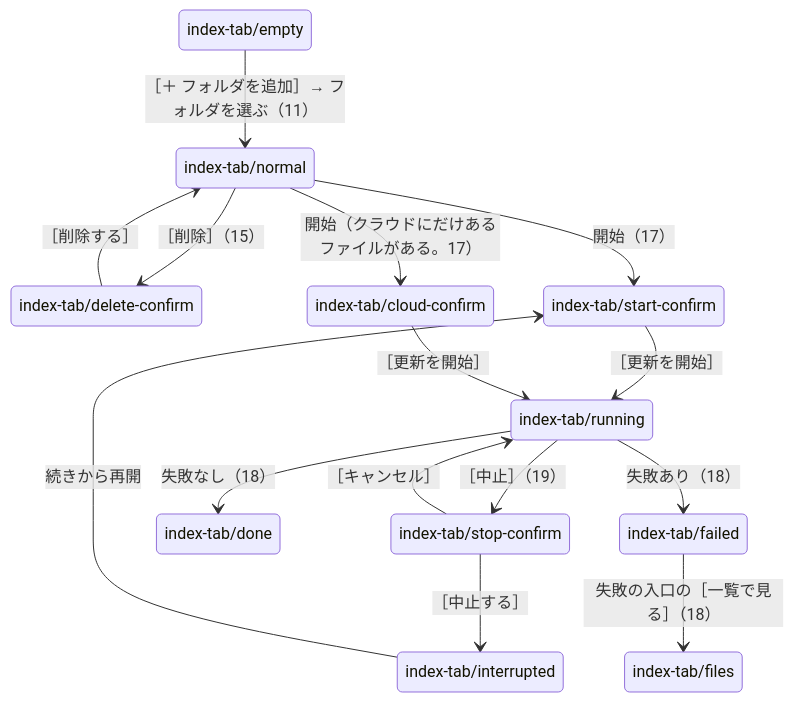
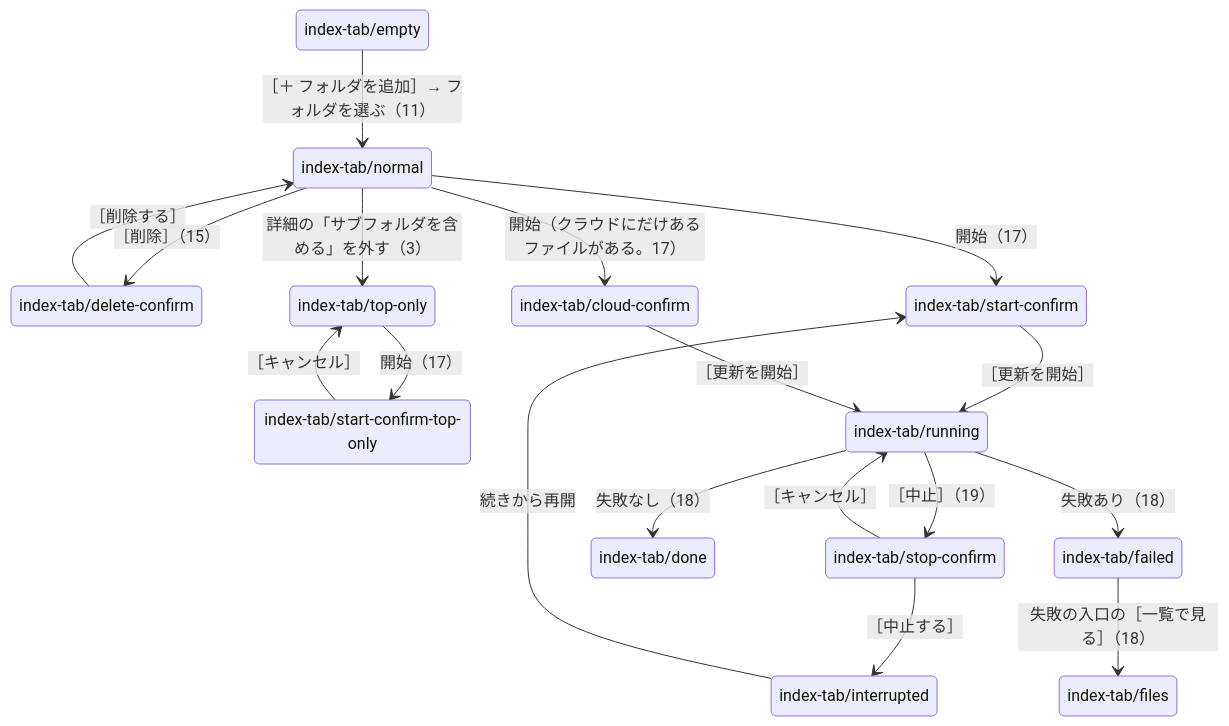
One commit to hsgwa/tebunko changed the diagram in docs/design/gui/screens/index-tab.md. Above: the diagram before and after it, drawn with Mermaid. The commit also changed other lines of this file and 48 other files, not shown here.

````diff
--- a/docs/design/gui/screens/index-tab.md
+++ b/docs/design/gui/screens/index-tab.md
@@ -19,28 +19,33 @@
 ```mermaid
 stateDiagram-v2
     state "index-tab/empty" as empty
     state "index-tab/normal" as normal
     state "index-tab/delete-confirm" as del
     state "index-tab/start-confirm" as start
     state "index-tab/cloud-confirm" as cloud
+    state "index-tab/top-only" as toponly
+    state "index-tab/start-confirm-top-only" as starttop
     state "index-tab/running" as running
     state "index-tab/stop-confirm" as stop
     state "index-tab/interrupted" as interrupted
     state "index-tab/done" as done
     state "index-tab/failed" as failed
     state "index-tab/files" as files
     empty --> normal: ［＋ フォルダを追加］→ フォルダを選ぶ（11）
     normal --> del: ［削除］（15）
     del --> normal: ［削除する］
     normal --> start: 開始（17）
     start --> running: ［更新を開始］
     normal --> cloud: 開始（クラウドにだけあるファイルがある。17）
     cloud --> running: ［更新を開始］
+    normal --> toponly: 詳細の「サブフォルダを含める」を外す（3）
+    toponly --> starttop: 開始（17）
+    starttop --> toponly: ［キャンセル］
     running --> stop: ［中止］（19）
     stop --> running: ［キャンセル］
     stop --> interrupted: ［中止する］
     interrupted --> start: 続きから再開
     running --> done: 失敗なし（18）
     running --> failed: 失敗あり（18）
     failed --> files: 失敗の入口の［一覧で見る］（18）
 ```
````
